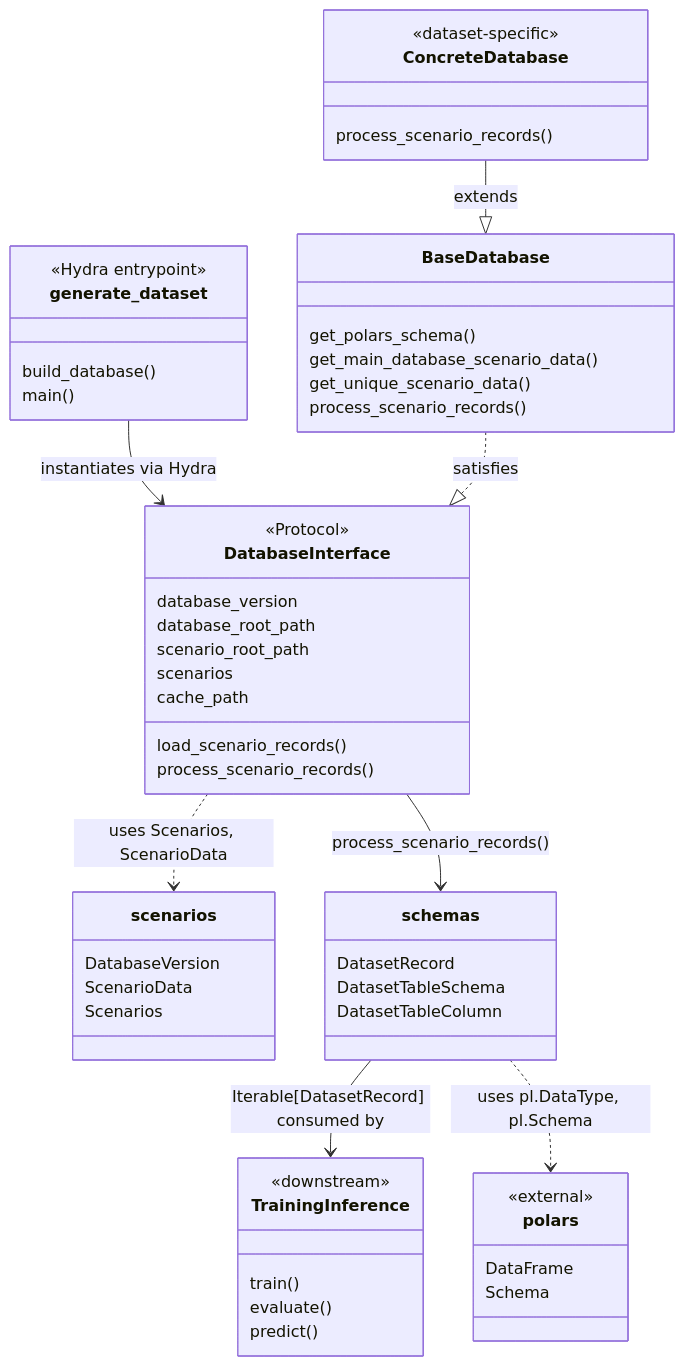
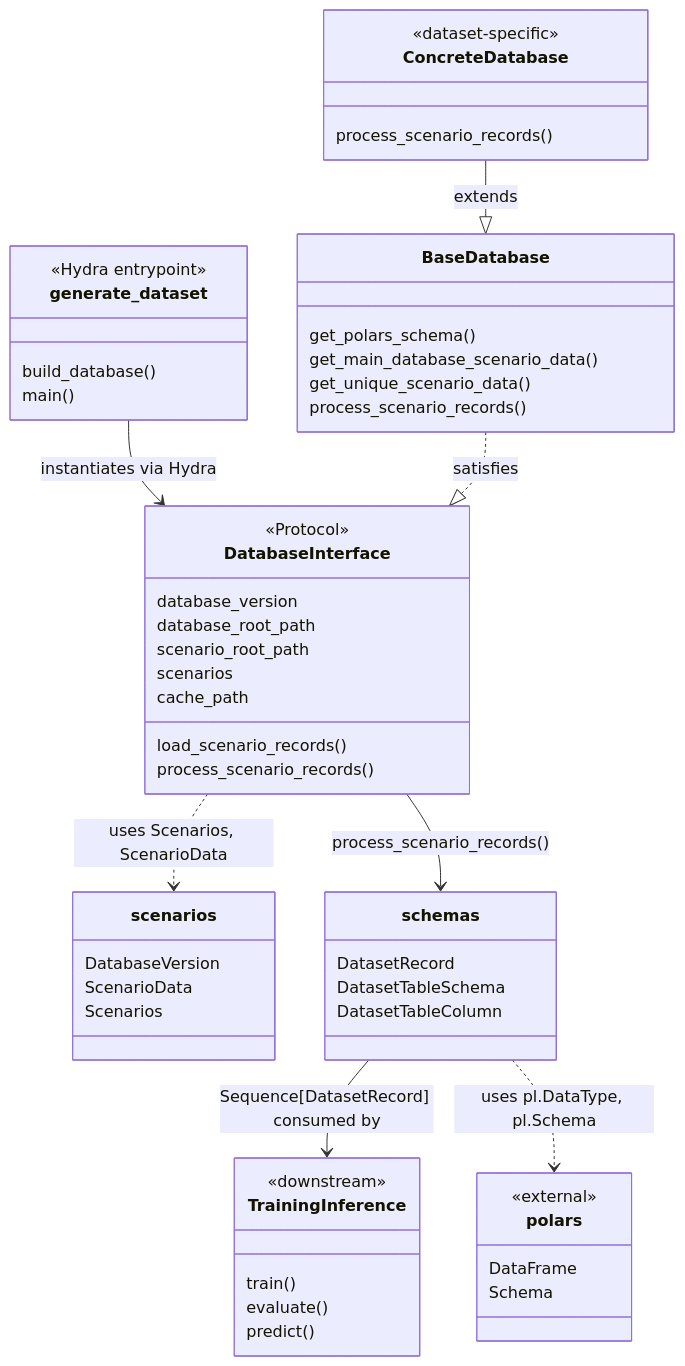
Before and after one commit to tier4/autoware-ml: the diagram in autoware_ml/databases/README.md, drawn with Mermaid. The commit also changed 10 other files, not shown here.

````diff
--- a/autoware_ml/databases/README.md
+++ b/autoware_ml/databases/README.md
@@ -19,70 +19,70 @@
 ```mermaid
 classDiagram
     direction TB
 
     class generate_dataset {
         <<Hydra entrypoint>>
         build_database()
         main()
     }
 
     class DatabaseInterface {
         <<Protocol>>
         database_version
         database_root_path
         scenario_root_path
         scenarios
         cache_path
         load_scenario_records()
         process_scenario_records()
     }
 
     class BaseDatabase {
         get_polars_schema()
         get_main_database_scenario_data()
         get_unique_scenario_data()
         process_scenario_records()
     }
 
     class scenarios {
         DatabaseVersion
         ScenarioData
         Scenarios
     }
 
     class schemas {
         DatasetRecord
         DatasetTableSchema
         DatasetTableColumn
     }
 
     class polars {
         <<external>>
         DataFrame
         Schema
     }
 
     class ConcreteDatabase {
         <<dataset-specific>>
         process_scenario_records()
     }
 
     class TrainingInference {
         <<downstream>>
         train()
         evaluate()
         predict()
     }
 
     generate_dataset --> DatabaseInterface : instantiates via Hydra
 
     DatabaseInterface ..> scenarios : uses Scenarios, ScenarioData
     DatabaseInterface --> schemas : process_scenario_records()
 
     BaseDatabase ..|> DatabaseInterface : satisfies
     ConcreteDatabase --|> BaseDatabase : extends
 
-    schemas --> TrainingInference :  Iterable[DatasetRecord] consumed by
+    schemas --> TrainingInference :  Sequence[DatasetRecord] consumed by
 
     schemas ..> polars : uses pl.DataType, pl.Schema
 ```
````
